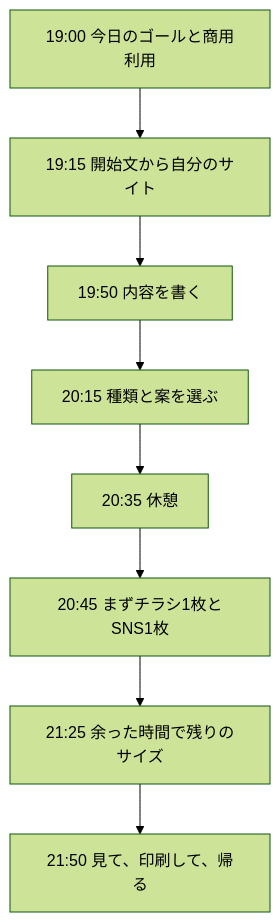
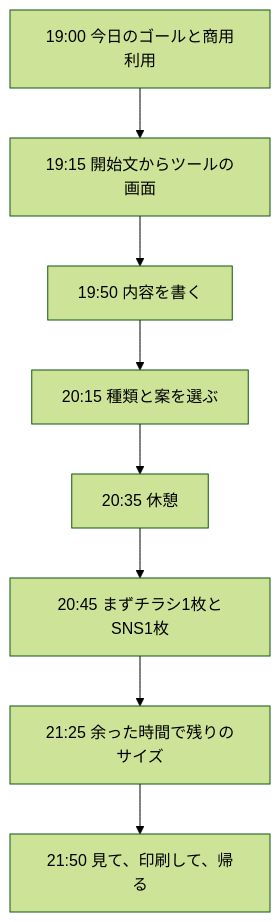
One commit to kaerukadate1/terakoya-ai-kit changed the diagram in flyer-sns/進行.md. Above: the diagram before and after it, drawn with Mermaid (forest theme). The commit also changed other lines of this file and 14 other files, not shown here.

````diff
--- a/flyer-sns/進行.md
+++ b/flyer-sns/進行.md
@@ -13,10 +13,10 @@
 ```mermaid
 flowchart TD
-  A[19:00 今日のゴールと商用利用] --> B[19:15 開始文から自分のサイト]
+  A[19:00 今日のゴールと商用利用] --> B[19:15 開始文からツールの画面]
   B --> C[19:50 内容を書く]
   C --> D[20:15 種類と案を選ぶ]
   D --> E[20:35 休憩]
   E --> F[20:45 まずチラシ1枚とSNS1枚]
   F --> G[21:25 余った時間で残りのサイズ]
   G --> H[21:50 見て、印刷して、帰る]
 ```
````
